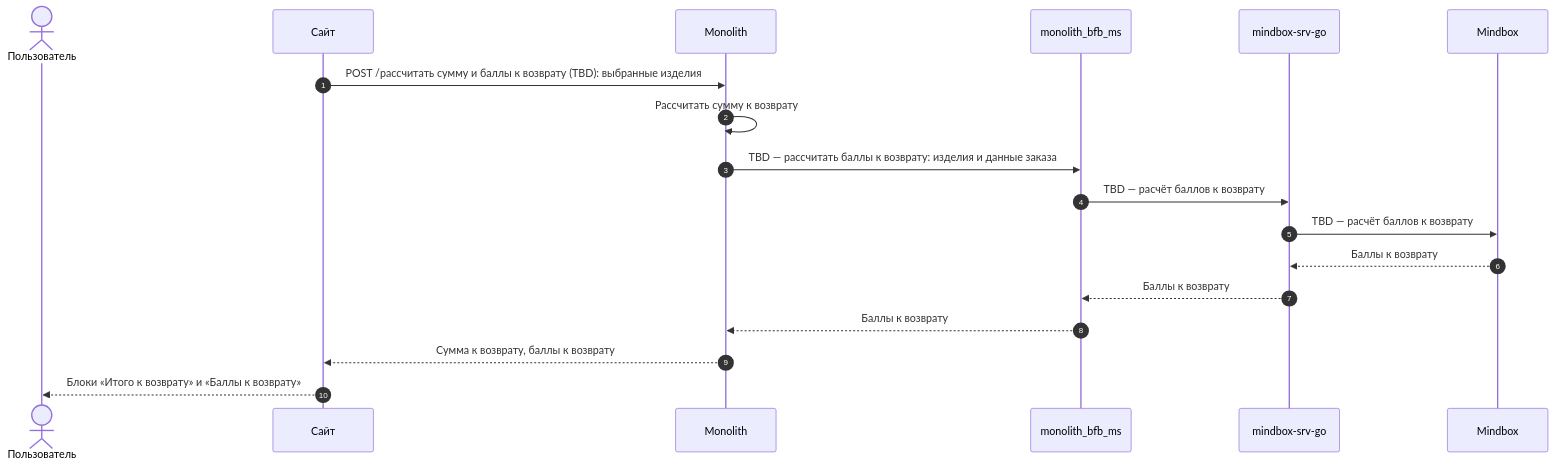
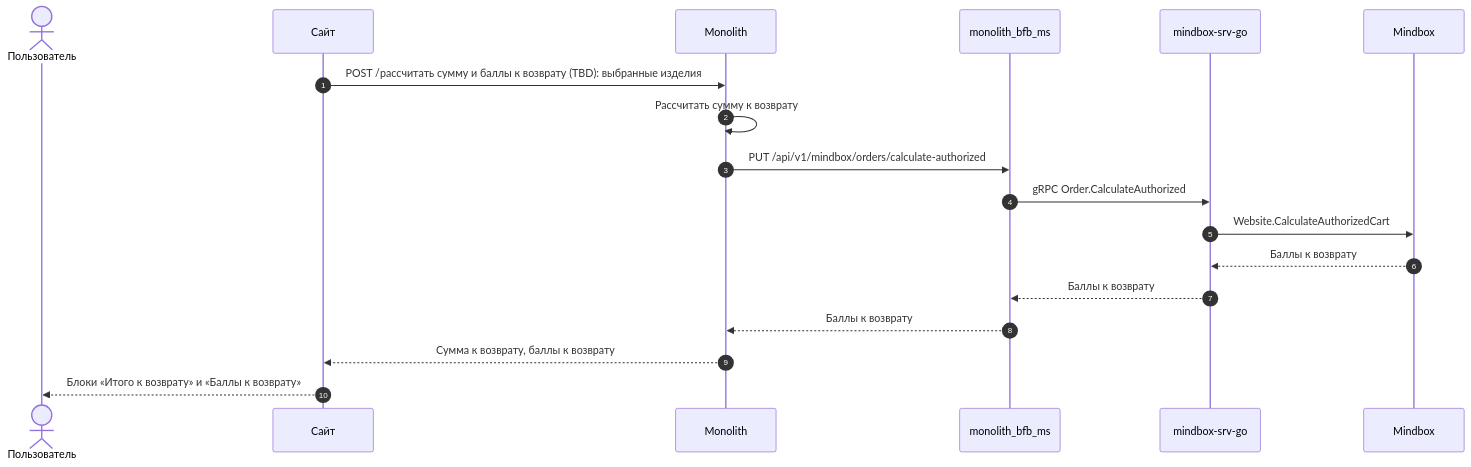
Before and after one commit to Terinss155/opencode-agents-analysis: diagram 14 of 26 in projects/returns-2.0/requirements/srs/srs-web-mvp.md, drawn with Mermaid. The commit also changed other lines of this file and 565 other files, not shown here.

````diff
--- a/projects/returns-2.0/requirements/srs/srs-web-mvp.md
+++ b/projects/returns-2.0/requirements/srs/srs-web-mvp.md
@@ -970,21 +970,21 @@
 ```mermaid
 sequenceDiagram
     autonumber
     actor U as Пользователь
     participant WEB as Сайт
     participant MON as Monolith
     participant BFB as monolith_bfb_ms
     participant MSG as mindbox-srv-go
     participant MB as Mindbox
 
     WEB->>MON: POST /рассчитать сумму и баллы к возврату (TBD): выбранные изделия
     MON->>MON: Рассчитать сумму к возврату
-    MON->>BFB: TBD — рассчитать баллы к возврату: изделия и данные заказа
-    BFB->>MSG: TBD — расчёт баллов к возврату
-    MSG->>MB: TBD — расчёт баллов к возврату
+    MON->>BFB: PUT /api/v1/mindbox/orders/calculate-authorized
+    BFB->>MSG: gRPC Order.CalculateAuthorized
+    MSG->>MB: Website.CalculateAuthorizedCart
     MB-->>MSG: Баллы к возврату
     MSG-->>BFB: Баллы к возврату
     BFB-->>MON: Баллы к возврату
     MON-->>WEB: Сумма к возврату, баллы к возврату
     WEB-->>U: Блоки «Итого к возврату» и «Баллы к возврату»
 ```
````
